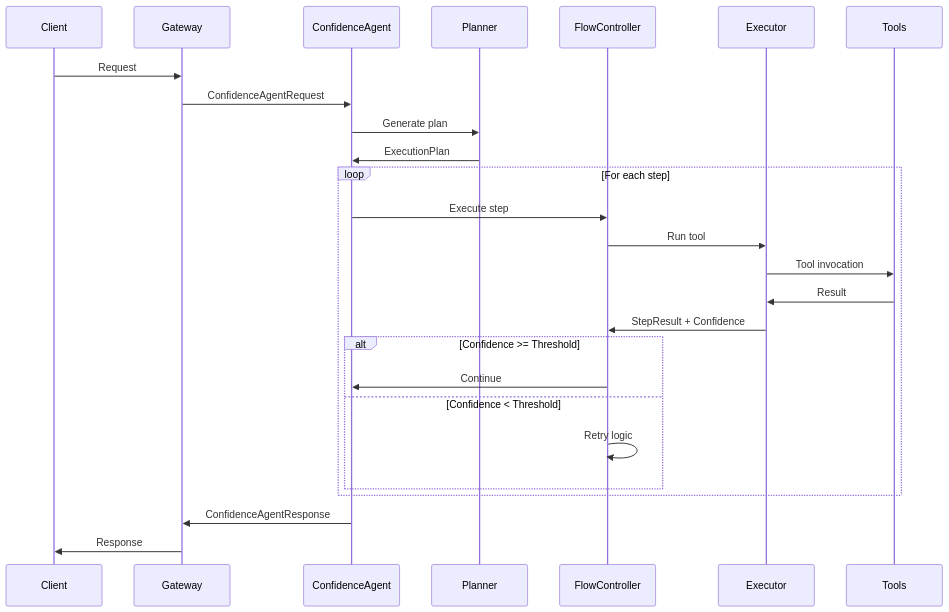
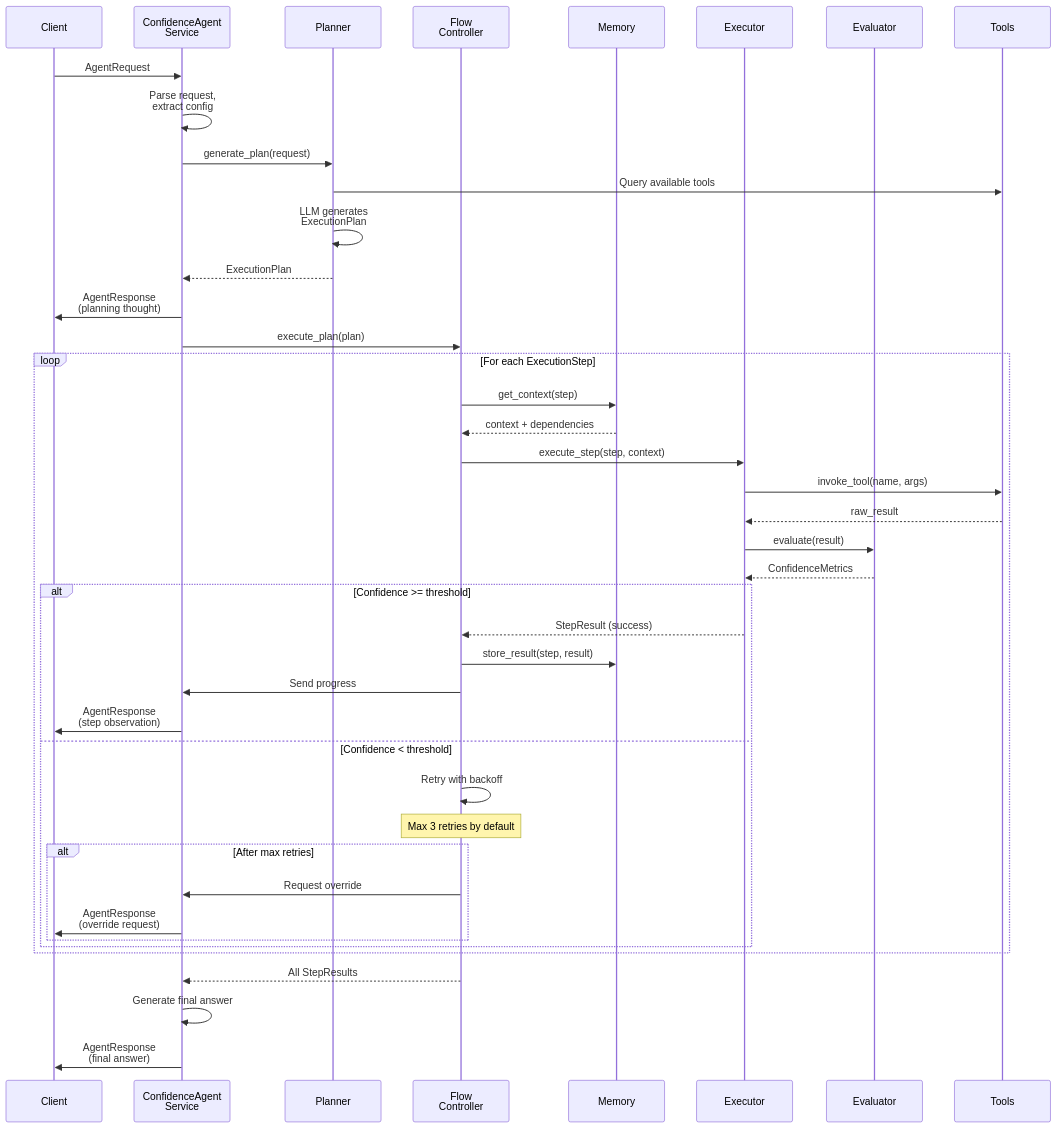
One commit to trustgraph-ai/trustgraph changed the diagram in docs/tech-specs/confidence-based-agents.md. Above: the diagram before and after it, drawn with Mermaid. The commit also changed other lines of this file, not shown here.

````diff
--- a/docs/tech-specs/confidence-based-agents.md
+++ b/docs/tech-specs/confidence-based-agents.md
@@ -240,32 +254,54 @@
 ```mermaid
 sequenceDiagram
     participant Client
-    participant Gateway
-    participant ConfidenceAgent
+    participant Service as ConfidenceAgent<br/>Service
     participant Planner
-    participant FlowController
+    participant FlowCtrl as Flow<br/>Controller
+    participant Memory
     participant Executor
+    participant Evaluator
     participant Tools
     
-    Client->>Gateway: Request
-    Gateway->>ConfidenceAgent: ConfidenceAgentRequest
-    ConfidenceAgent->>Planner: Generate plan
-    Planner->>ConfidenceAgent: ExecutionPlan
+    Client->>Service: AgentRequest
+    Service->>Service: Parse request,<br/>extract config
     
-    loop For each step
-        ConfidenceAgent->>FlowController: Execute step
-        FlowController->>Executor: Run tool
-        Executor->>Tools: Tool invocation
-        Tools->>Executor: Result
-        Executor->>FlowController: StepResult + Confidence
+    %% Planning Phase
+    Service->>Planner: generate_plan(request)
+    Planner->>Tools: Query available tools
+    Planner->>Planner: LLM generates<br/>ExecutionPlan
+    Planner-->>Service: ExecutionPlan
+    Service->>Client: AgentResponse<br/>(planning thought)
+    
+    %% Execution Phase
+    Service->>FlowCtrl: execute_plan(plan)
+    
+    loop For each ExecutionStep
+        FlowCtrl->>Memory: get_context(step)
+        Memory-->>FlowCtrl: context + dependencies
         
-        alt Confidence >= Threshold
-            FlowController->>ConfidenceAgent: Continue
-        else Confidence < Threshold
-            FlowController->>FlowController: Retry logic
+        FlowCtrl->>Executor: execute_step(step, context)
+        Executor->>Tools: invoke_tool(name, args)
+        Tools-->>Executor: raw_result
+        
+        Executor->>Evaluator: evaluate(result)
+        Evaluator-->>Executor: ConfidenceMetrics
+        
+        alt Confidence >= threshold
+            Executor-->>FlowCtrl: StepResult (success)
+            FlowCtrl->>Memory: store_result(step, result)
+            FlowCtrl->>Service: Send progress
+            Service->>Client: AgentResponse<br/>(step observation)
+        else Confidence < threshold
+            FlowCtrl->>FlowCtrl: Retry with backoff
+            Note over FlowCtrl: Max 3 retries by default
+            alt After max retries
+                FlowCtrl->>Service: Request override
+                Service->>Client: AgentResponse<br/>(override request)
+            end
         end
     end
     
-    ConfidenceAgent->>Gateway: ConfidenceAgentResponse
-    Gateway->>Client: Response
+    FlowCtrl-->>Service: All StepResults
+    Service->>Service: Generate final answer
+    Service->>Client: AgentResponse<br/>(final answer)
 ```
````
